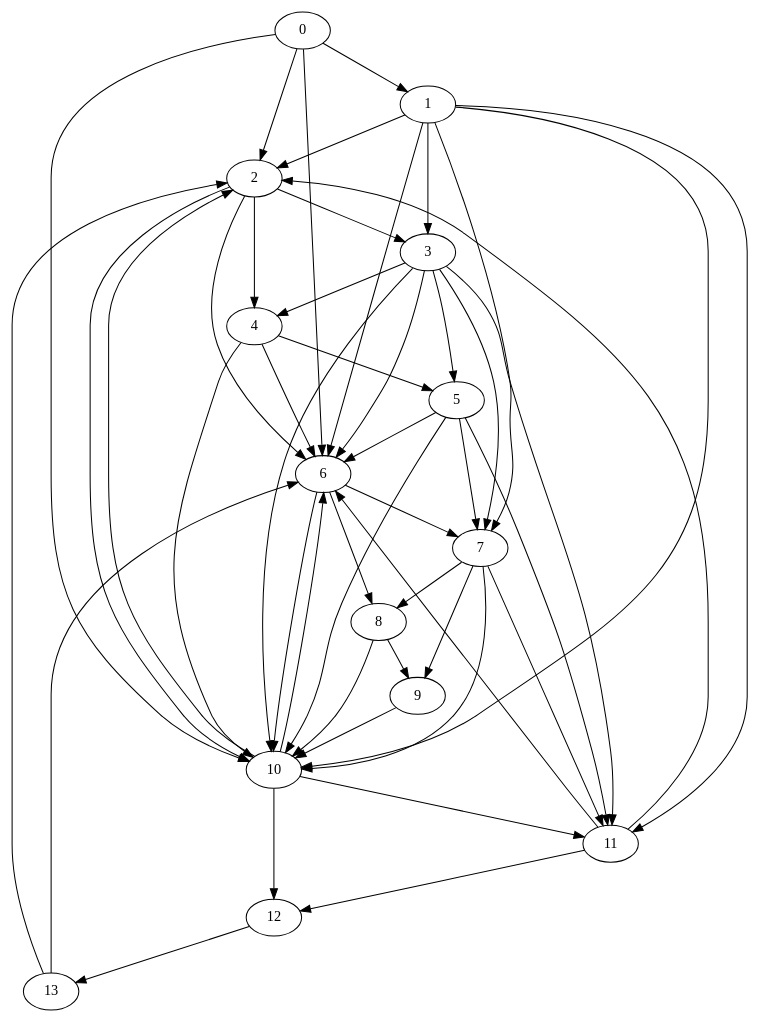
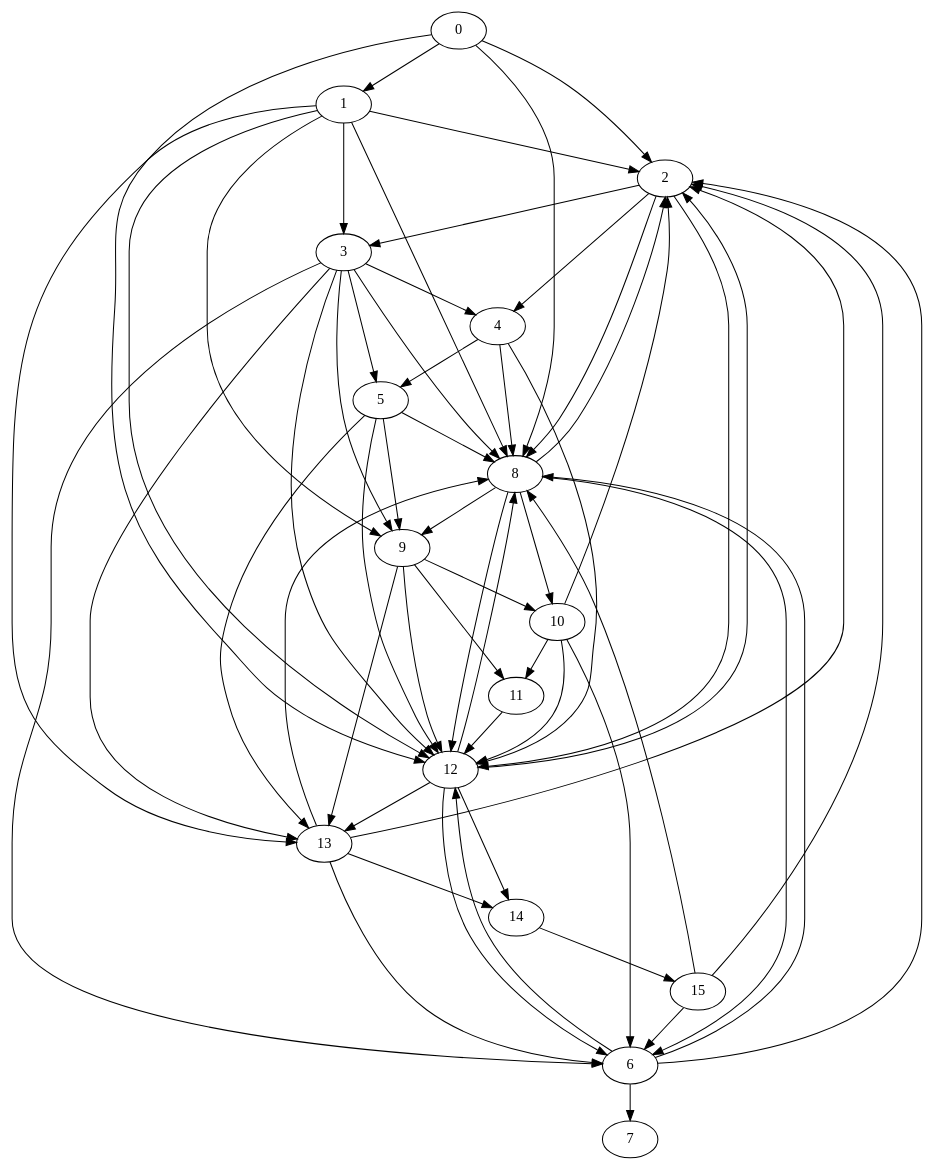
The diagram in BoostGraphTutorial/title_graph.dot (richelbilderbeek/boost_graph_cookbook_1), drawn with Graphviz before and after one commit. The commit also changed 6 other files, not shown here.

```diff
--- a/BoostGraphTutorial/title_graph.dot
+++ b/BoostGraphTutorial/title_graph.dot
@@ -1,63 +1,77 @@
 digraph G {
 0;
 1;
 2;
 3;
 4;
 5;
 6;
 7;
 8;
 9;
 10;
 11;
 12;
 13;
+14;
+15;
 0->1 ;
 0->2 ;
-0->6 ;
-0->10 ;
+0->8 ;
+0->12 ;
 1->2 ;
-1->6 ;
-1->10 ;
+1->8 ;
+1->12 ;
 1->3 ;
-1->7 ;
-1->11 ;
+1->9 ;
+1->13 ;
 2->3 ;
 2->4 ;
-2->6 ;
-2->10 ;
+2->8 ;
+2->12 ;
 3->4 ;
 3->6 ;
-3->10 ;
+3->8 ;
+3->12 ;
 3->5 ;
-3->7 ;
-3->11 ;
+3->9 ;
+3->13 ;
 4->5 ;
-4->6 ;
-4->10 ;
-5->6 ;
-5->10 ;
-5->7 ;
-5->11 ;
+4->8 ;
+4->12 ;
+5->8 ;
+5->12 ;
+5->9 ;
+5->13 ;
 6->7 ;
+6->2 ;
 6->8 ;
-6->10 ;
-7->8 ;
-7->10 ;
-7->9 ;
-7->11 ;
+6->12 ;
 8->9 ;
+8->2 ;
+8->6 ;
 8->10 ;
+8->12 ;
 9->10 ;
+9->12 ;
+9->11 ;
+9->13 ;
 10->11 ;
-10->12 ;
 10->2 ;
 10->6 ;
+10->12 ;
 11->12 ;
-11->2 ;
-11->6 ;
 12->13 ;
+12->2 ;
+12->6 ;
+12->8 ;
+12->14 ;
+13->14 ;
 13->2 ;
 13->6 ;
+13->8 ;
+14->15 ;
+15->2 ;
+15->6 ;
+15->8 ;
 }
```
